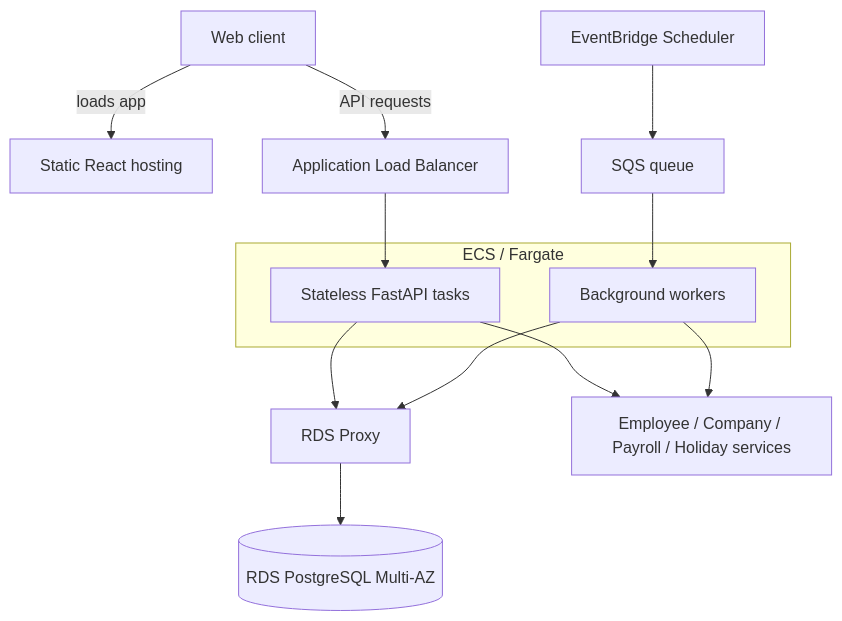
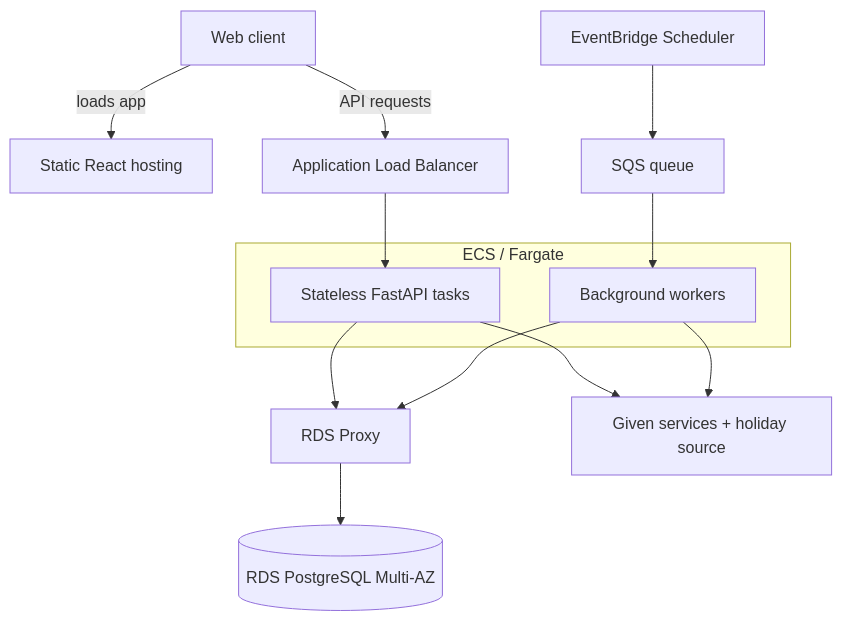
One commit to advaith334/warp-time-off-tracking changed the second of 2 diagrams in README.md. Above: the diagram before and after it, drawn with Mermaid. The commit also changed other lines of this file and 6 other files, not shown here.

````diff
--- a/README.md
+++ b/README.md
@@ -109,24 +110,24 @@
 ```mermaid
 flowchart TB
     Client[Web client]
     Frontend[Static React hosting]
     LB[Application Load Balancer]
 
     subgraph ECS[ECS / Fargate]
         API[Stateless FastAPI tasks]
         Workers[Background workers]
     end
 
     Client -- loads app --> Frontend
     Client -- API requests --> LB
     LB --> API
     API --> Proxy[RDS Proxy]
     Proxy --> Primary[(RDS PostgreSQL Multi-AZ)]
 
     Scheduler[EventBridge Scheduler] --> Queue[SQS queue]
     Queue --> Workers
     Workers --> Proxy
 
-    API --> External[Employee / Company / Payroll / Holiday services]
+    API --> External[Given services + holiday source]
     Workers --> External
 ```
````
